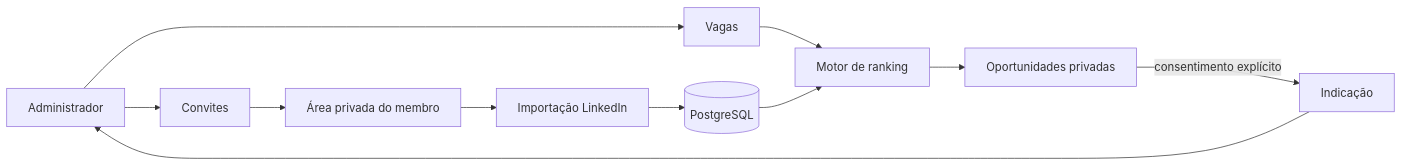
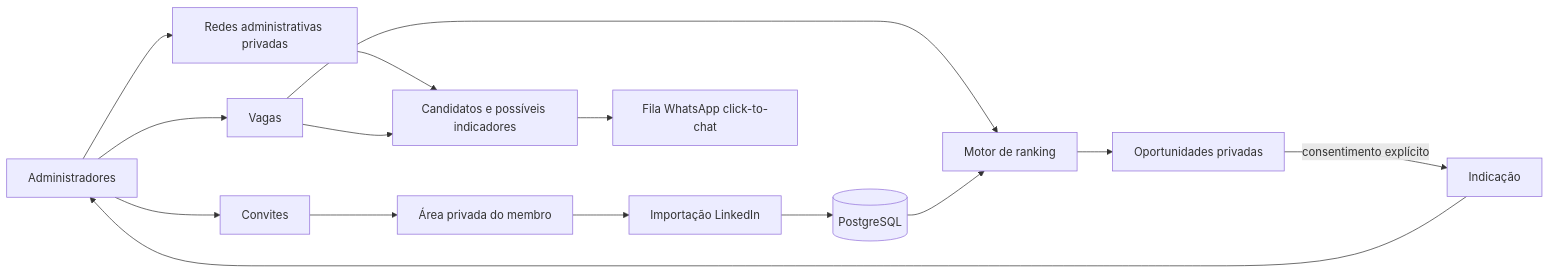
The diagram in README.md (Ceugox/Dream-Team-Test), drawn with Mermaid before and after one commit. The commit also changed other lines of this file and 28 other files, not shown here.

````diff
--- a/README.md
+++ b/README.md
@@ -67,13 +83,17 @@
 ```mermaid
 flowchart LR
-  A[Administrador] --> J[Vagas]
+  A[Administradores] --> N[Redes administrativas privadas]
+  A --> J[Vagas]
   A --> I[Convites]
   I --> M[Área privada do membro]
   M --> L[Importação LinkedIn]
   L --> P[(PostgreSQL)]
   J --> R[Motor de ranking]
   P --> R
   R --> O[Oportunidades privadas]
   O -->|consentimento explícito| F[Indicação]
   F --> A
+  N --> R2[Candidatos e possíveis indicadores]
+  J --> R2
+  R2 --> W[Fila WhatsApp click-to-chat]
 ```
````
